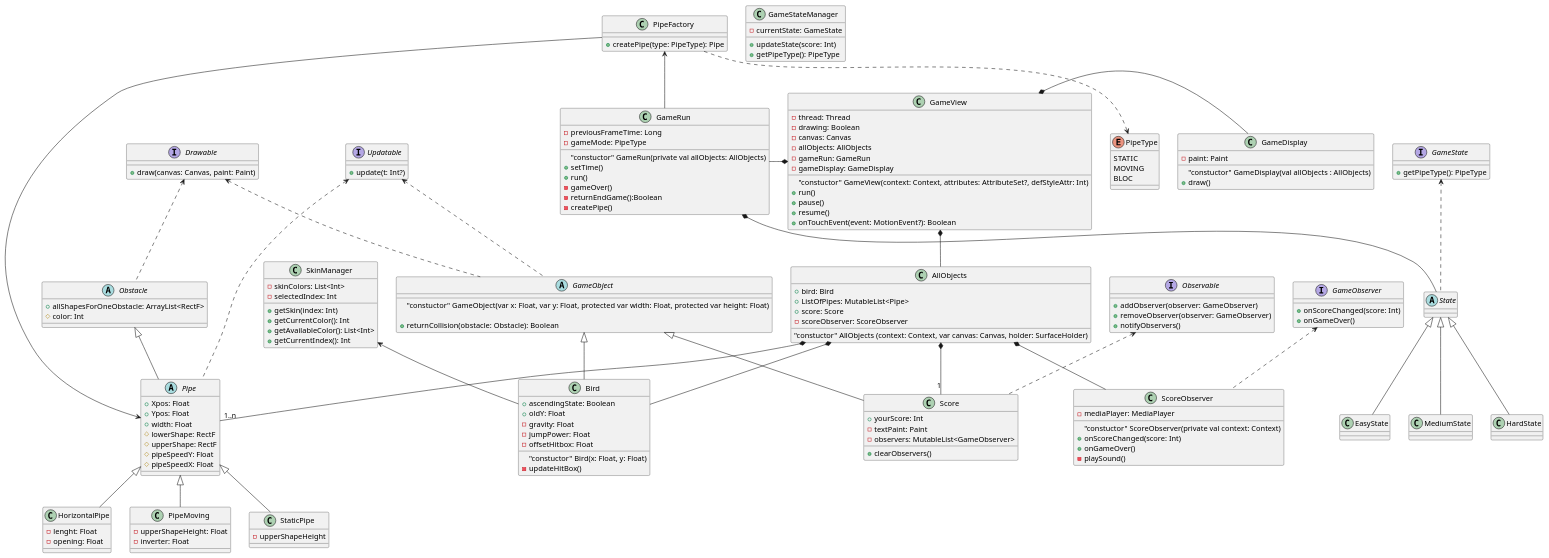
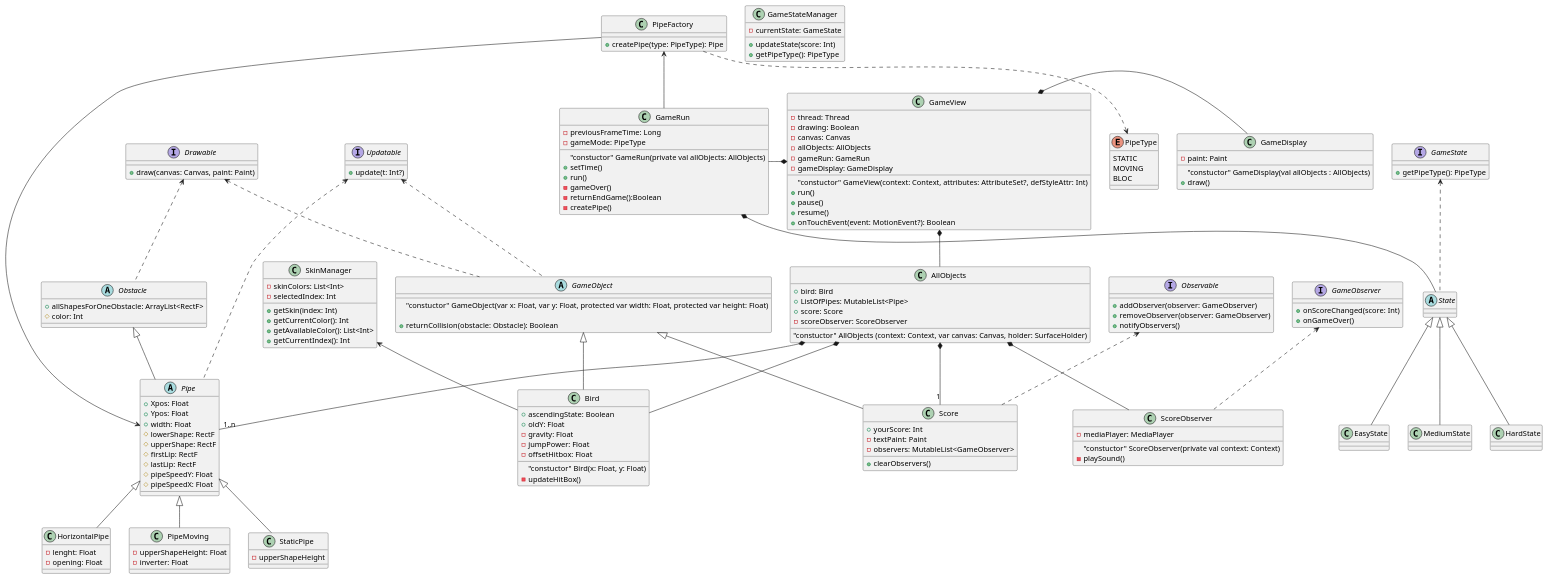
One commit to Macka23/flappybird changed the diagram in app/src/main/java/com/example/flappybird/UML/ClassUML.puml. Above: the diagram before and after it, drawn with PlantUML. The commit also changed 6 other files, not shown here.

```diff
--- a/app/src/main/java/com/example/flappybird/UML/ClassUML.puml
+++ b/app/src/main/java/com/example/flappybird/UML/ClassUML.puml
@@ -72,8 +72,6 @@
     "constuctor" ScoreObserver(private val context: Context)
     - mediaPlayer: MediaPlayer
 
-    + onScoreChanged(score: Int)
-    + onGameOver()
     - playSound()
 }
 
@@ -88,6 +86,8 @@
     + width: Float
     # lowerShape: RectF
     # upperShape: RectF
+    # firstLip: RectF
+    # lastLip: RectF
     # pipeSpeedY: Float
     # pipeSpeedX: Float
 }
```
